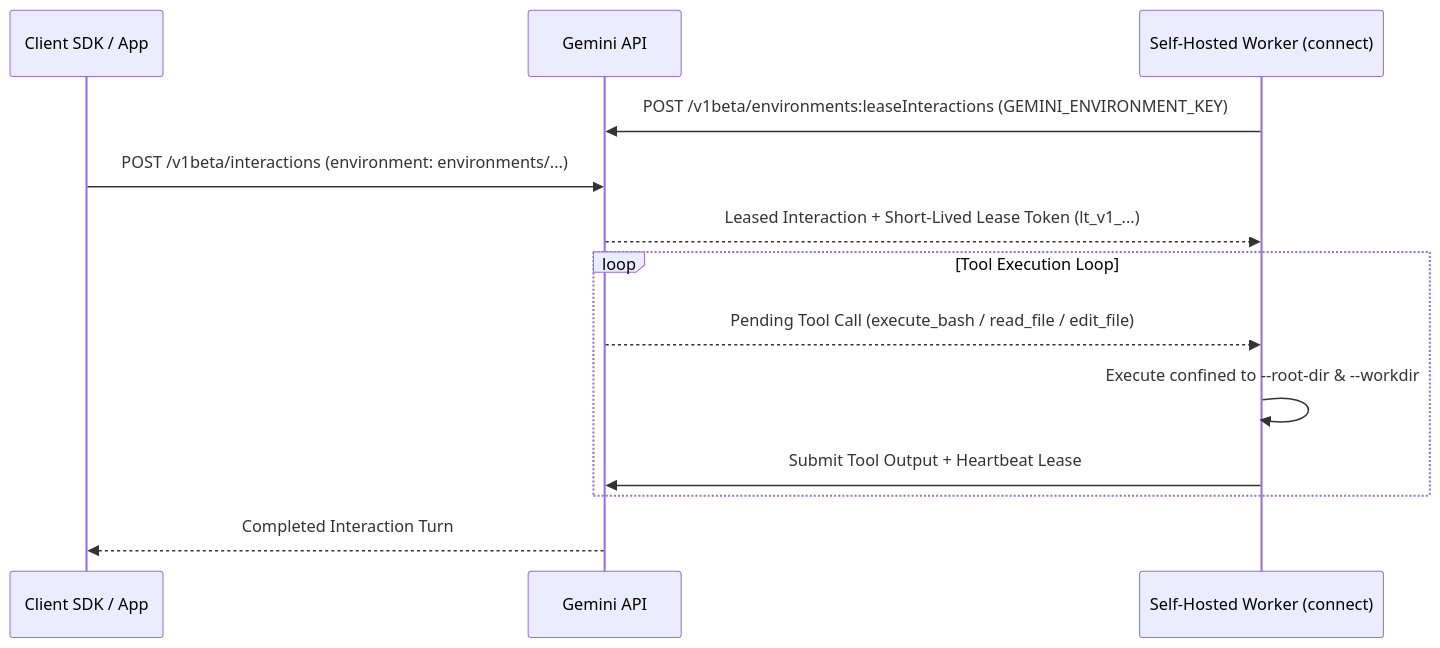
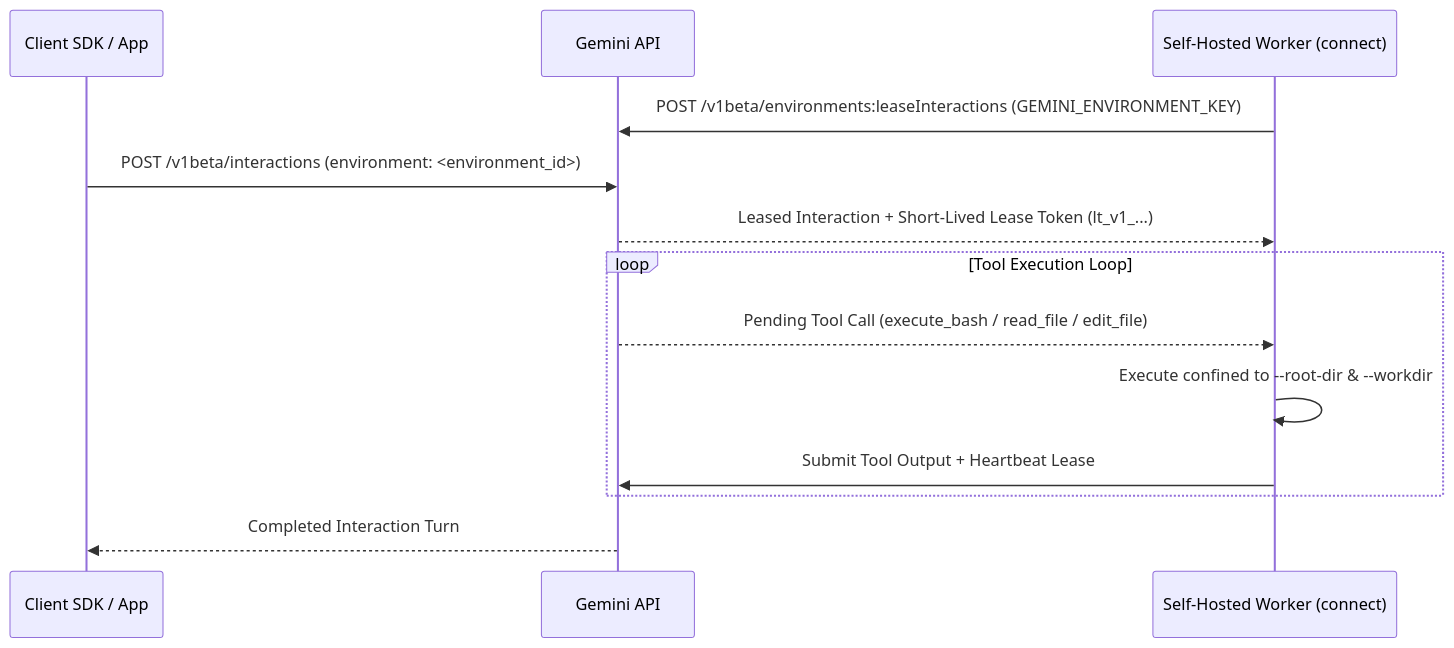
Before and after one commit to google-gemini/gemini-api-cli: the first of 2 diagrams in docs/self-hosted/README.md, drawn with Mermaid. The commit also changed other lines of this file and 12 other files, not shown here.

````diff
--- a/docs/self-hosted/README.md
+++ b/docs/self-hosted/README.md
@@ -33,16 +33,16 @@
 ```mermaid
 sequenceDiagram
     participant Client as Client SDK / App
     participant API as Gemini API
     participant Worker as Self-Hosted Worker (connect)
 
     Worker->>API: POST /v1beta/environments:leaseInteractions (GEMINI_ENVIRONMENT_KEY)
-    Client->>API: POST /v1beta/interactions (environment: environments/...)
+    Client->>API: POST /v1beta/interactions (environment: <environment_id>)
     API-->>Worker: Leased Interaction + Short-Lived Lease Token (lt_v1_...)
     loop Tool Execution Loop
         API-->>Worker: Pending Tool Call (execute_bash / read_file / edit_file)
         Worker->>Worker: Execute confined to --root-dir & --workdir
         Worker->>API: Submit Tool Output + Heartbeat Lease
     end
     API-->>Client: Completed Interaction Turn
 ```
````
